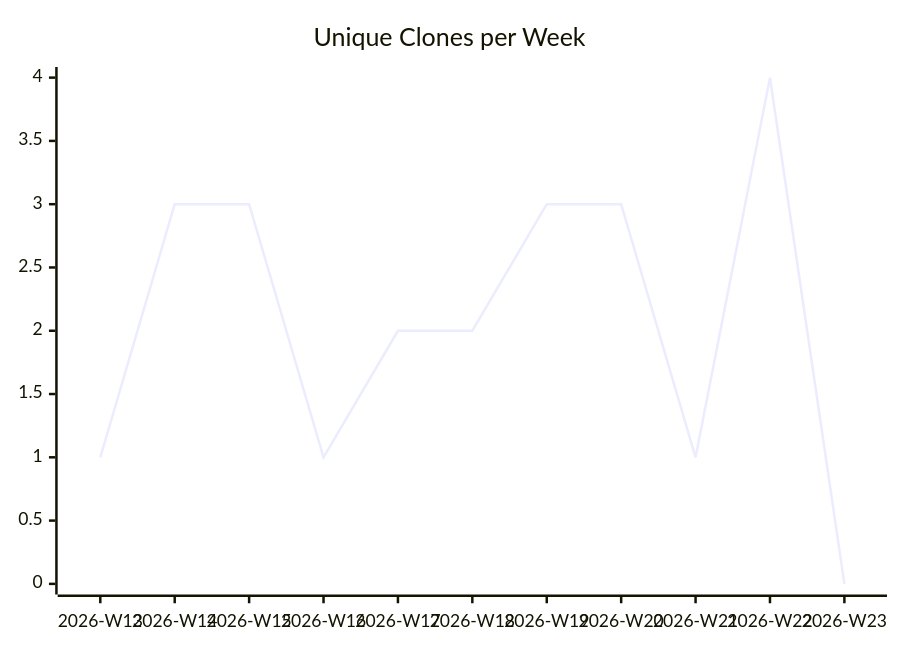
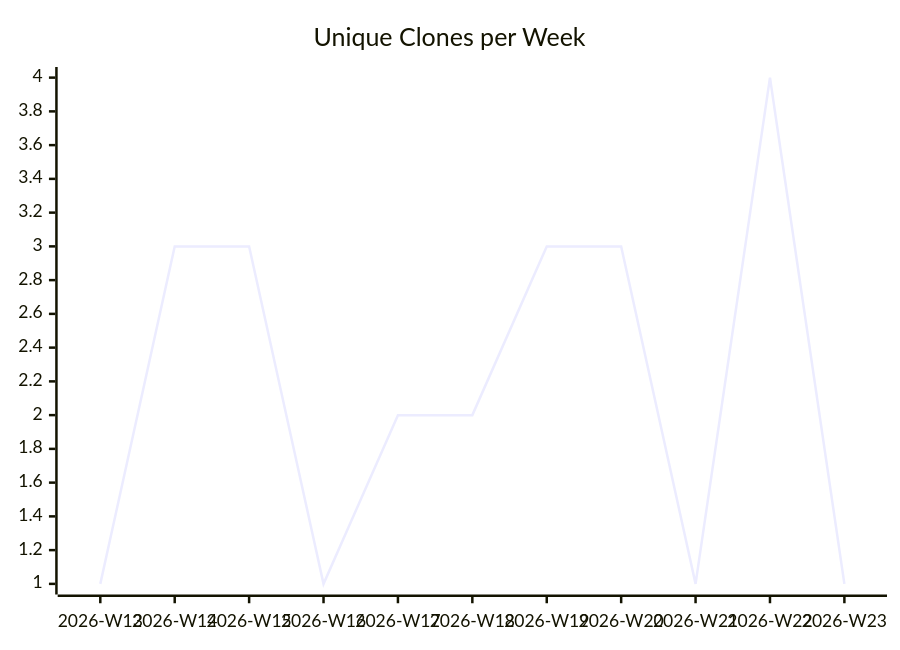
Before and after one commit to justdavis-family/github-analytics-data: the third of 3 diagrams in karlmdavis/puppet-sonar/README.md, drawn with Mermaid. The commit also changed other lines of this file and 186 other files, not shown here.

````diff
--- a/karlmdavis/puppet-sonar/README.md
+++ b/karlmdavis/puppet-sonar/README.md
@@ -19,6 +19,6 @@
 ```mermaid
 xychart-beta
   title "Unique Clones per Week"
   x-axis ["2026-W13", "2026-W14", "2026-W15", "2026-W16", "2026-W17", "2026-W18", "2026-W19", "2026-W20", "2026-W21", "2026-W22", "2026-W23"]
-  line [1, 3, 3, 1, 2, 2, 3, 3, 1, 4, 0]
+  line [1, 3, 3, 1, 2, 2, 3, 3, 1, 4, 1]
 ```
````
